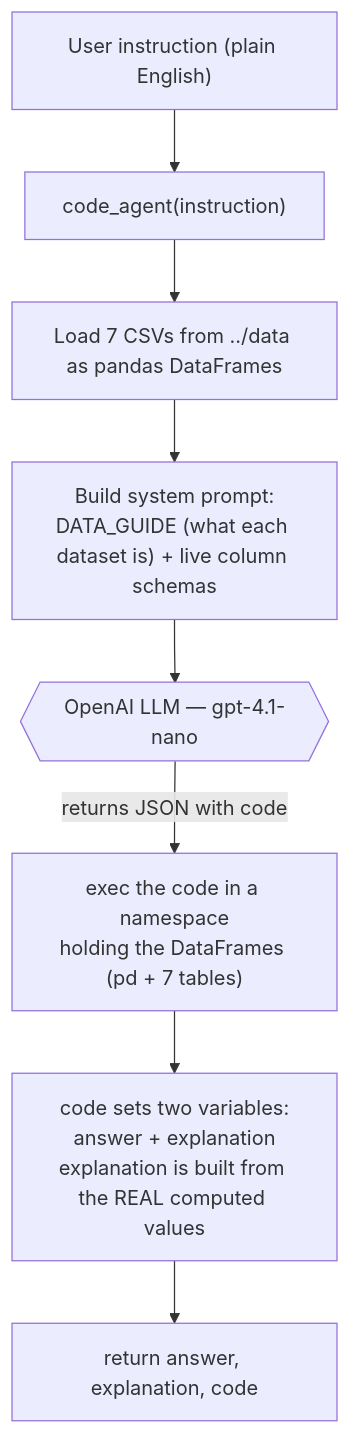
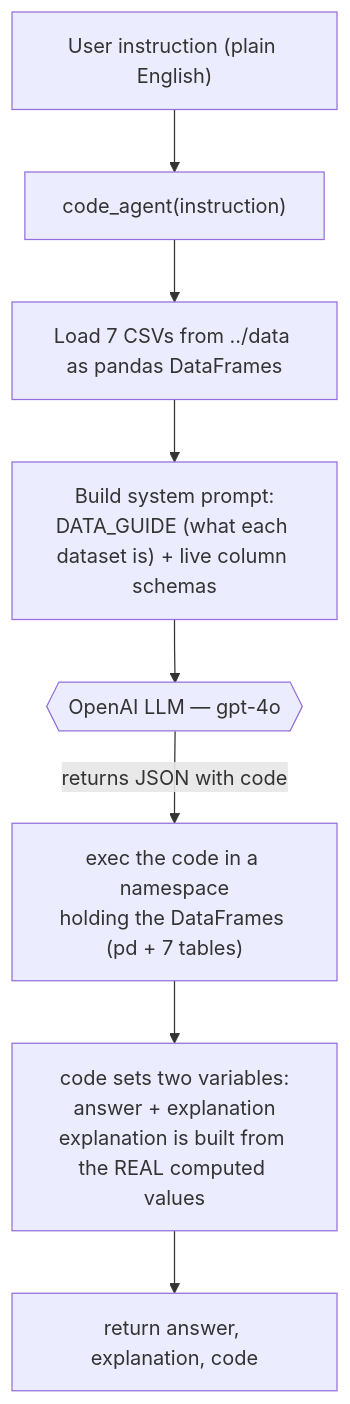
Before and after one commit to Salah-P/CursorHackathon-: the first of 2 diagrams in code_agent/README.md, drawn with Mermaid. The commit also changed other lines of this file and 3 other files, not shown here.

First line of the commit message:
Evaluate with gpt-4o (70%); update README results, drop gpt-4.1-nano

````diff
--- a/code_agent/README.md
+++ b/code_agent/README.md
@@ -38,10 +38,10 @@
 ```mermaid
 flowchart TD
     U["User instruction (plain English)"] --> CA["code_agent(instruction)"]
     CA --> LD["Load 7 CSVs from ../data as pandas DataFrames"]
     LD --> SP["Build system prompt:<br/>DATA_GUIDE (what each dataset is) + live column schemas"]
-    SP --> LLM{{"OpenAI LLM — gpt-4.1-nano"}}
+    SP --> LLM{{"OpenAI LLM — gpt-4o"}}
     LLM -->|returns JSON with code| EX["exec the code in a namespace<br/>holding the DataFrames (pd + 7 tables)"]
     EX --> AV["code sets two variables:<br/>answer + explanation<br/>explanation is built from the REAL computed values"]
     AV --> RET["return answer, explanation, code"]
 ```
````
